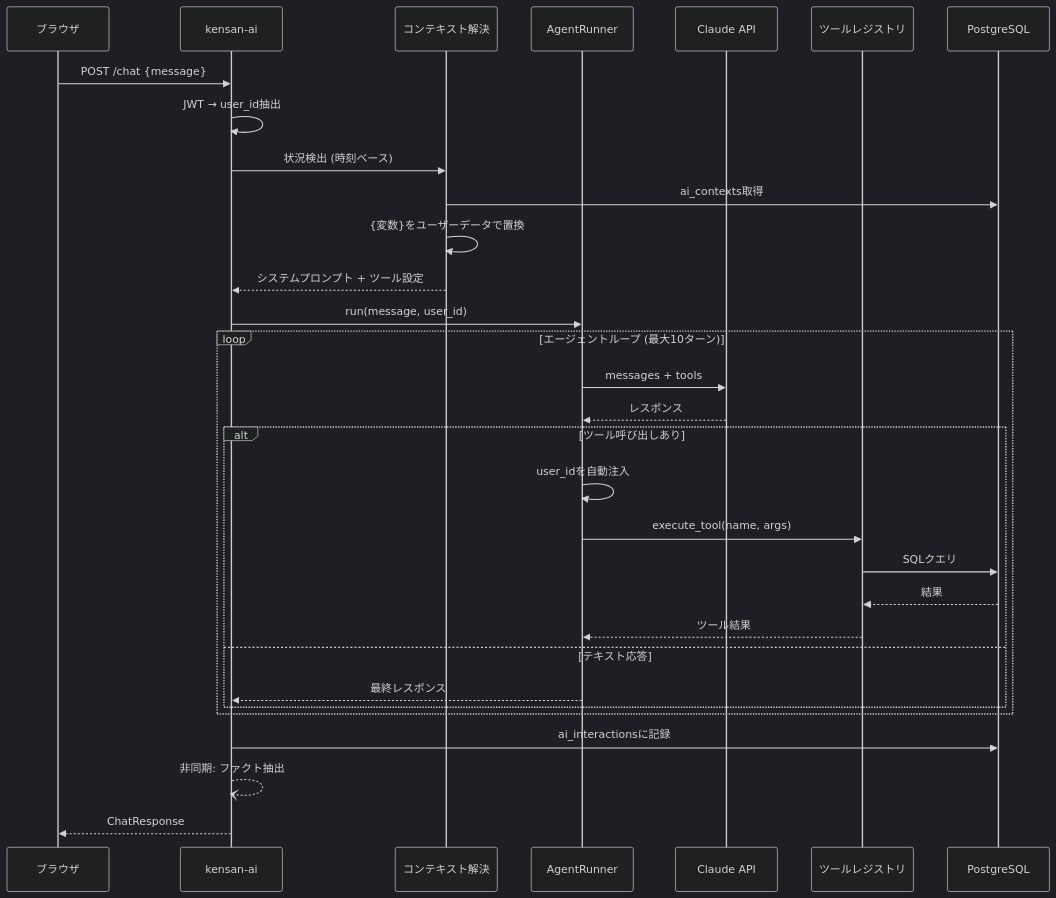
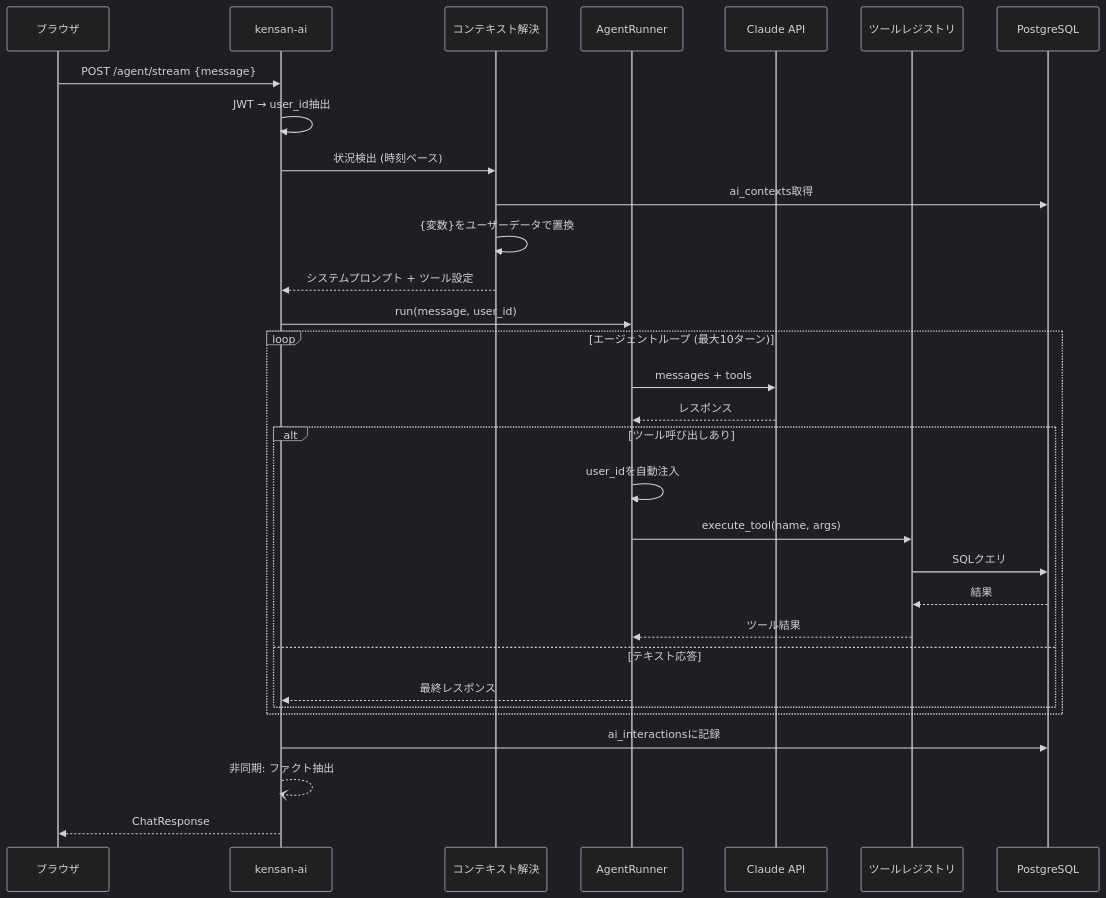
One commit to yu-min3/kensan changed the fifth of 12 diagrams in ARCHITECTURE.md. Above: the diagram before and after it, drawn with Mermaid (dark theme). The commit also changed other lines of this file and 60 other files, not shown here.

````diff
--- a/ARCHITECTURE.md
+++ b/ARCHITECTURE.md
@@ -223,38 +224,38 @@
 ```mermaid
 sequenceDiagram
     participant U as ブラウザ
     participant AI as kensan-ai
     participant Ctx as コンテキスト解決
     participant Agent as AgentRunner
     participant Claude as Claude API
     participant Tools as ツールレジストリ
     participant DB as PostgreSQL
 
-    U->>AI: POST /chat {message}
+    U->>AI: POST /agent/stream {message}
     AI->>AI: JWT → user_id抽出
     AI->>Ctx: 状況検出 (時刻ベース)
     Ctx->>DB: ai_contexts取得
     Ctx->>Ctx: {変数}をユーザーデータで置換
     Ctx-->>AI: システムプロンプト + ツール設定
 
     AI->>Agent: run(message, user_id)
 
     loop エージェントループ (最大10ターン)
         Agent->>Claude: messages + tools
         Claude-->>Agent: レスポンス
 
         alt ツール呼び出しあり
             Agent->>Agent: user_idを自動注入
             Agent->>Tools: execute_tool(name, args)
             Tools->>DB: SQLクエリ
             DB-->>Tools: 結果
             Tools-->>Agent: ツール結果
         else テキスト応答
             Agent-->>AI: 最終レスポンス
         end
     end
 
     AI->>DB: ai_interactionsに記録
     AI--)AI: 非同期: ファクト抽出
     AI-->>U: ChatResponse
 ```
````
